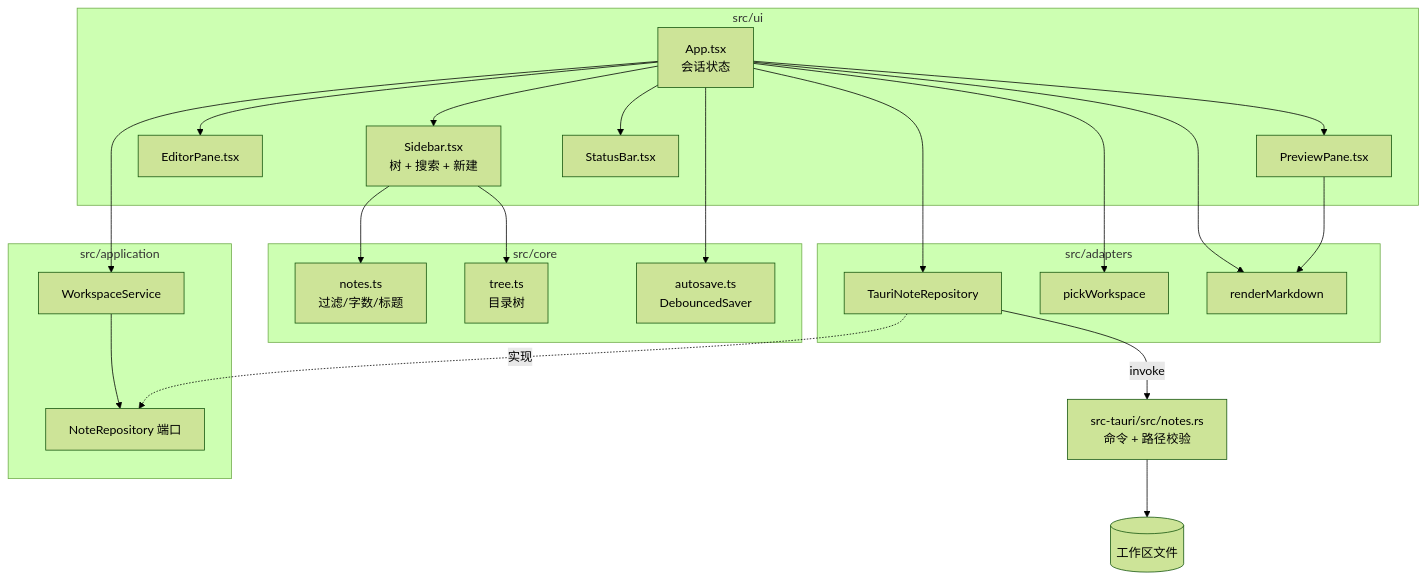
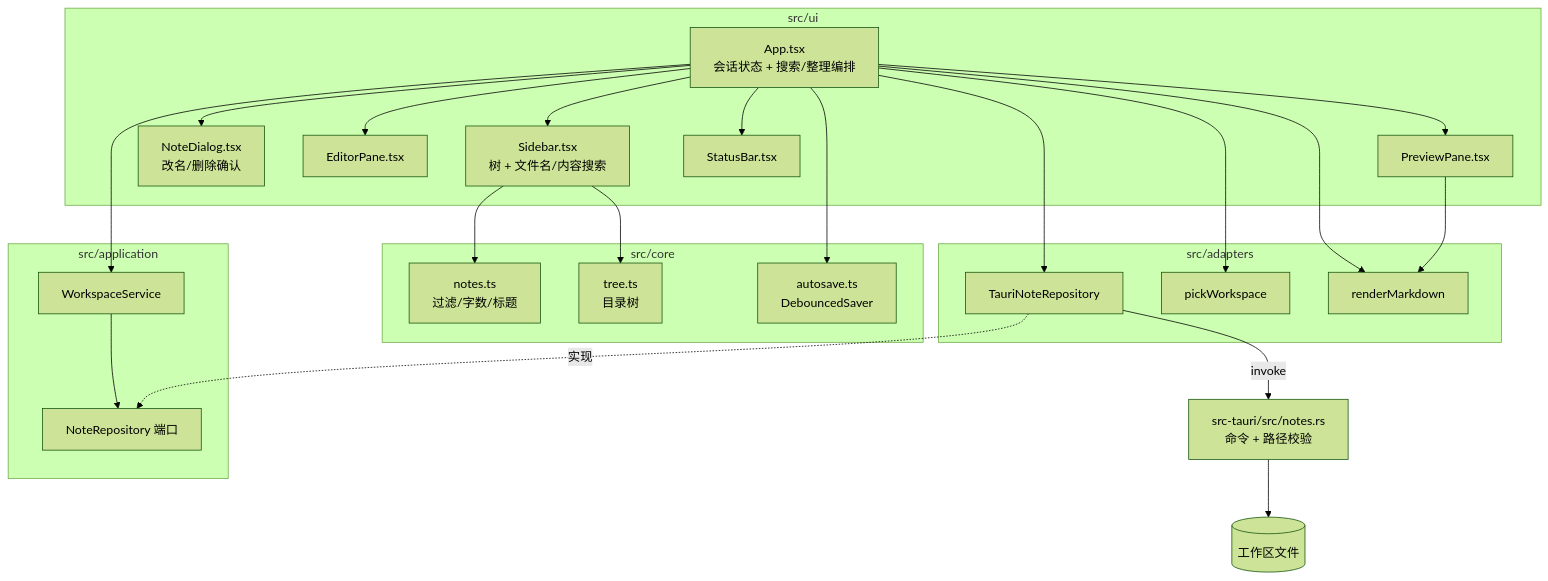
The diagram in docs/architecture/C3-component.md (zhouweihang/md-studio), drawn with Mermaid (forest theme) before and after one commit. The commit also changed other lines of this file and 39 other files, not shown here.

````diff
--- a/docs/architecture/C3-component.md
+++ b/docs/architecture/C3-component.md
@@ -7,43 +7,45 @@
 ```mermaid
 flowchart TB
   subgraph UI[src/ui]
-    App[App.tsx<br/>会话状态]
-    Sidebar[Sidebar.tsx<br/>树 + 搜索 + 新建]
+    App[App.tsx<br/>会话状态 + 搜索/整理编排]
+    Sidebar[Sidebar.tsx<br/>树 + 文件名/内容搜索]
+    NoteDialog[NoteDialog.tsx<br/>改名/删除确认]
     Editor[EditorPane.tsx]
     Preview[PreviewPane.tsx]
     Status[StatusBar.tsx]
   end
   subgraph APP[src/application]
     Service[WorkspaceService]
     Port[NoteRepository 端口]
   end
   subgraph CORE[src/core]
     Notes[notes.ts<br/>过滤/字数/标题]
     Tree[tree.ts<br/>目录树]
     Saver[autosave.ts<br/>DebouncedSaver]
   end
   subgraph ADAPTERS[src/adapters]
     Repo[TauriNoteRepository]
     Picker[pickWorkspace]
     Render[renderMarkdown]
   end
   Rust[src-tauri/src/notes.rs<br/>命令 + 路径校验]
   FS[(工作区文件)]
 
   App --> Sidebar
+  App --> NoteDialog
   App --> Editor
   App --> Preview
   App --> Status
   App --> Service
   App --> Saver
   Sidebar --> Tree
   Sidebar --> Notes
   App --> Render
   Preview --> Render
   Service --> Port
   Repo -.实现.-> Port
   App --> Repo
   App --> Picker
   Repo -->|invoke| Rust
   Rust --> FS
 ```
````
